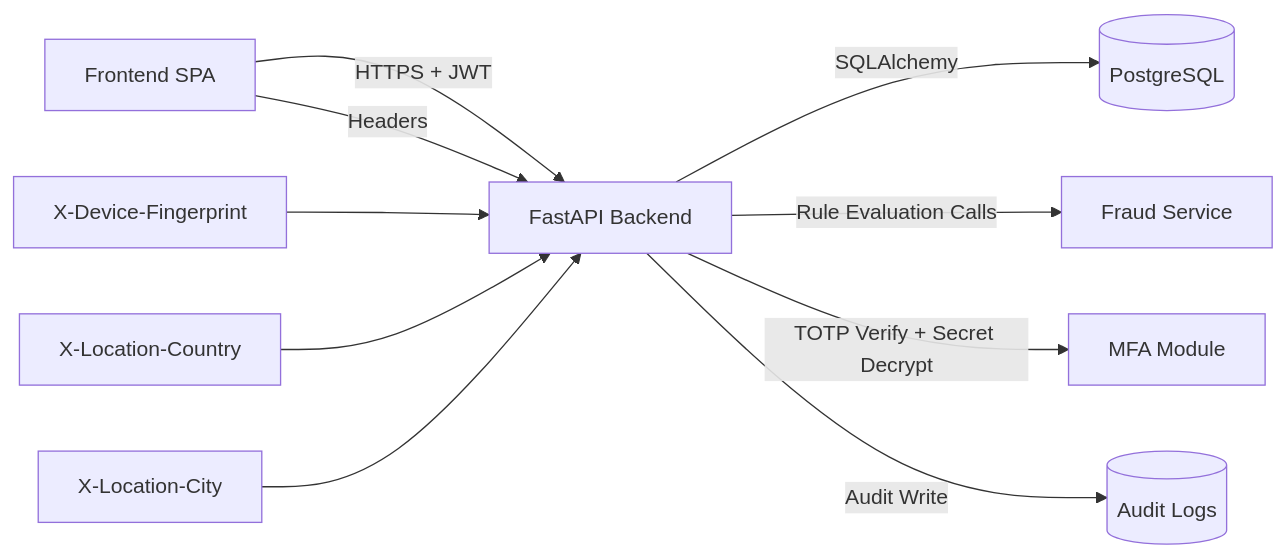
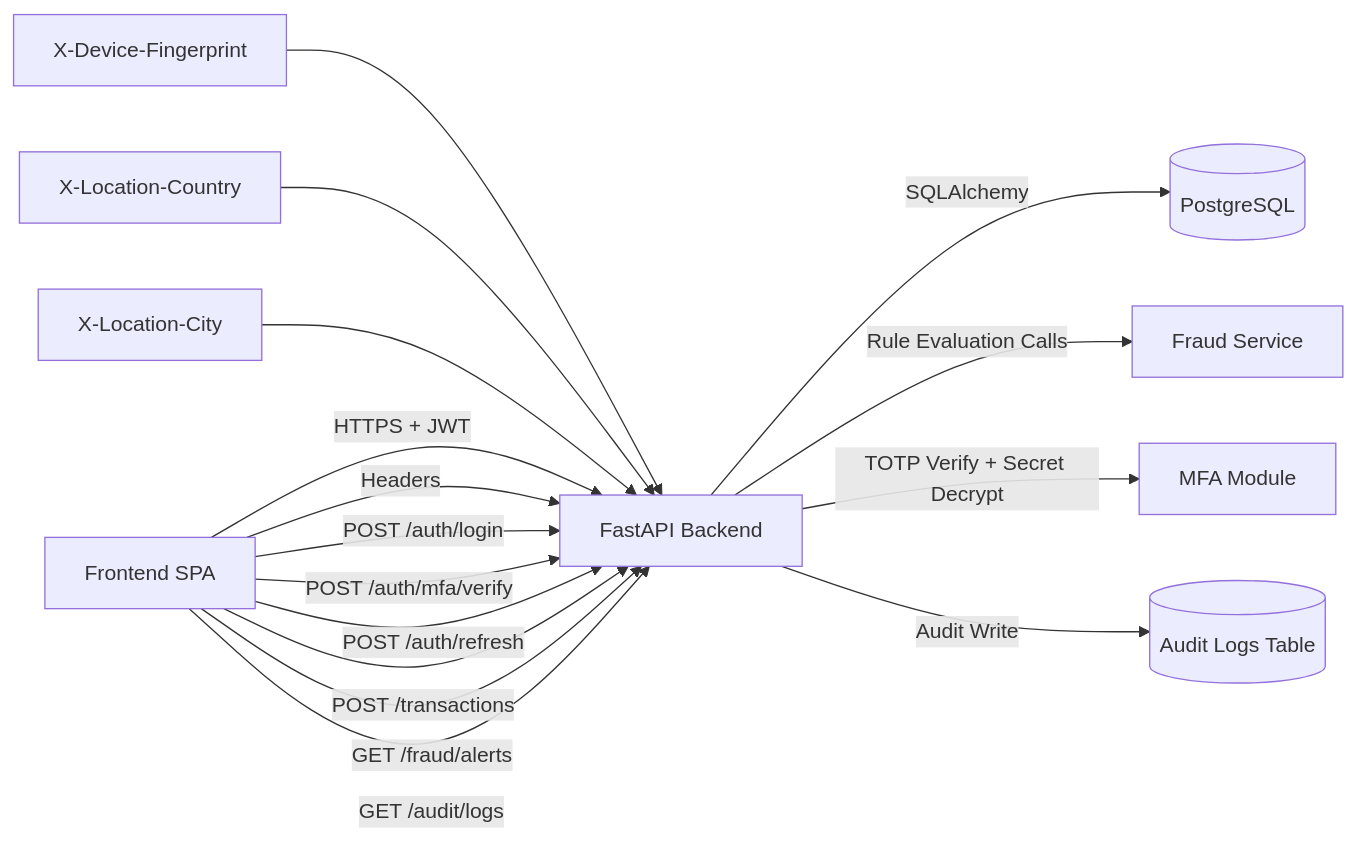
The fourth of 4 diagrams in presentation_diagram_pack.md (Gabbydunkk/secure-bank-app), drawn with Mermaid before and after one commit. The commit also changed other lines of this file and 24 other files, not shown here.

````diff
--- a/presentation_diagram_pack.md
+++ b/presentation_diagram_pack.md
@@ -224,16 +264,23 @@
 ```mermaid
 flowchart LR
   FE[Frontend SPA] -- HTTPS + JWT --> API[FastAPI Backend]
   API -- SQLAlchemy --> DB[(PostgreSQL)]
   API -- Rule Evaluation Calls --> FRAUD[Fraud Service]
   API -- TOTP Verify + Secret Decrypt --> MFA[MFA Module]
-  API -- Audit Write --> AUDIT[(Audit Logs)]
+  API -- Audit Write --> AUDIT[(Audit Logs Table)]
 
   FE -- Headers --> API
   H1[X-Device-Fingerprint]
   H2[X-Location-Country]
   H3[X-Location-City]
   H1 --> API
   H2 --> API
   H3 --> API
+
+  FE -- POST /auth/login --> API
+  FE -- POST /auth/mfa/verify --> API
+  FE -- POST /auth/refresh --> API
+  FE -- POST /transactions --> API
+  FE -- GET /fraud/alerts --> API
+  FE -- GET /audit/logs --> API
 ```
````
